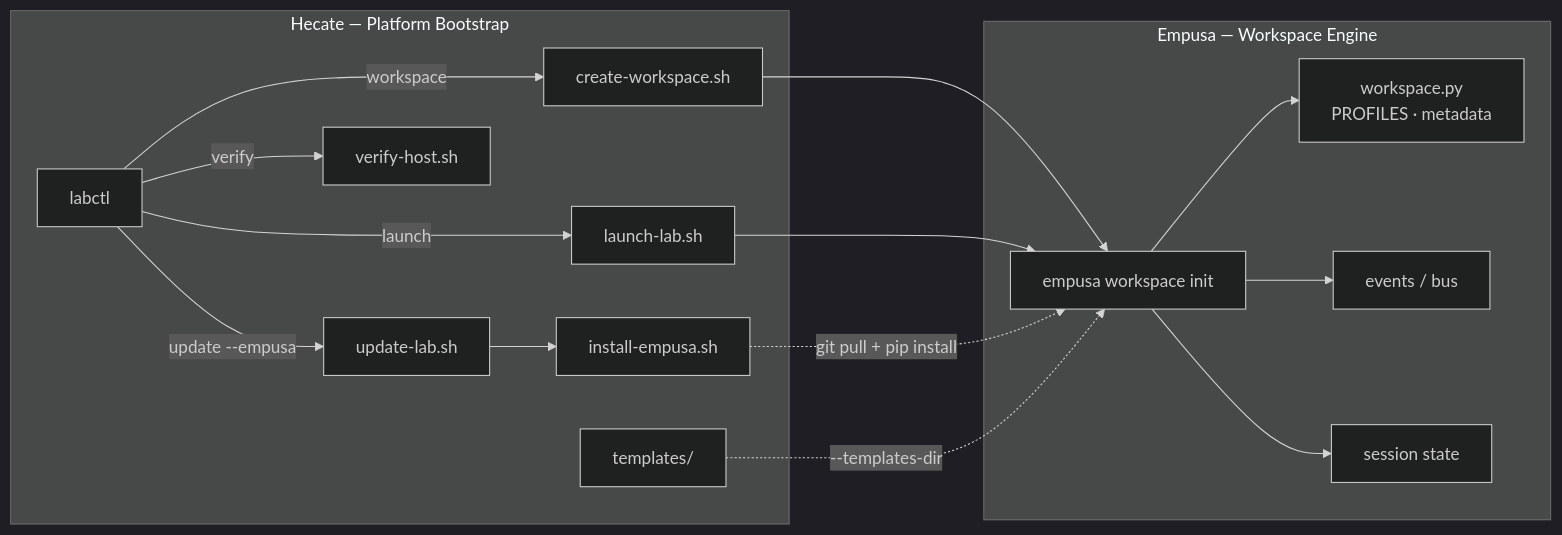
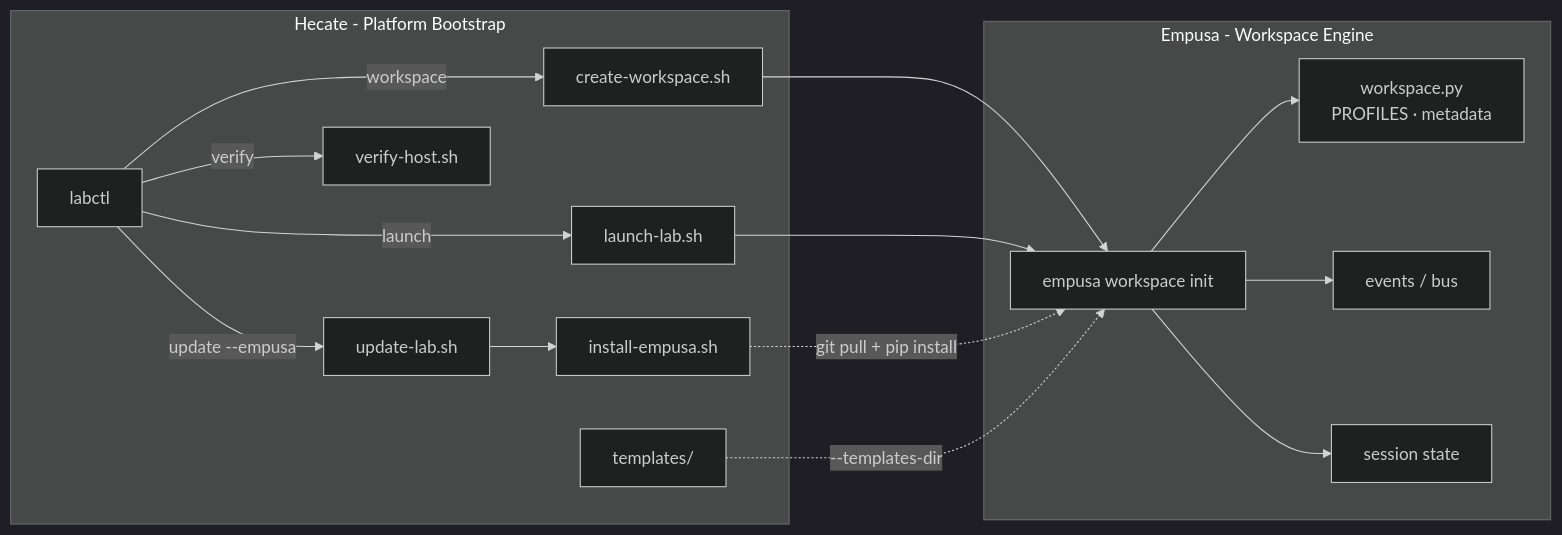
One commit to Icarus4122/hecate-bootstrap changed the diagram in docs/empusa.md. Above: the diagram before and after it, drawn with Mermaid (dark theme). The commit also changed other lines of this file and 56 other files, not shown here.

````diff
--- a/docs/empusa.md
+++ b/docs/empusa.md
@@ -12,32 +12,32 @@
 ```mermaid
 flowchart LR
-    subgraph Hecate["Hecate — Platform Bootstrap"]
+    subgraph Hecate["Hecate - Platform Bootstrap"]
         labctl["labctl"]
         cws["create-workspace.sh"]
         lls["launch-lab.sh"]
         uls["update-lab.sh"]
         ins["install-empusa.sh"]
         ver["verify-host.sh"]
         tpl["templates/"]
     end
 
-    subgraph Empusa["Empusa — Workspace Engine"]
+    subgraph Empusa["Empusa - Workspace Engine"]
         cli["empusa workspace init"]
         ws["workspace.py\nPROFILES · metadata"]
         evt["events / bus"]
         ses["session state"]
     end
 
     labctl -->|workspace| cws
     labctl -->|launch| lls
     labctl -->|"update --empusa"| uls
     labctl -->|verify| ver
     cws --> cli
     lls --> cli
     uls --> ins
     ins -.->|"git pull + pip install"| cli
     cli --> ws
     cli --> evt
     cli --> ses
     tpl -.->|"--templates-dir"| cli
 ```
````
